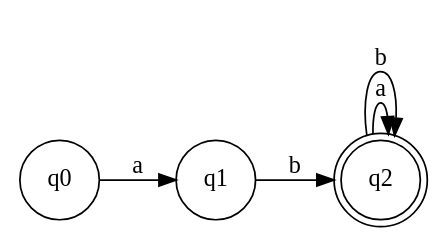
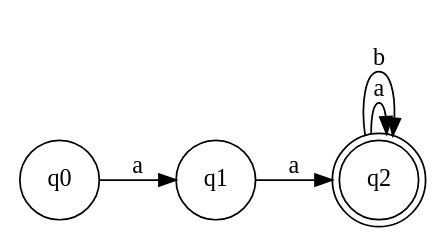
One commit to FranciscoLemos03/PL_TrabalhoPratico1 changed the diagram in grafo.dot. Above: the diagram before and after it, drawn with Graphviz. The commit also changed 3 other files, not shown here.

```diff
--- a/grafo.dot
+++ b/grafo.dot
@@ -1,10 +1,10 @@
 digraph grafo {
 	rankdir=LR;
 	size="8,5"
 	node [shape = doublecircle]; q2
 	node [shape = circle];
 	q0 -> q1 [ label = "a" ];
-	q1 -> q2 [ label = "b" ];
+	q1 -> q2 [ label = "a" ];
 	q2 -> q2 [ label = "a" ];
 	q2 -> q2 [ label = "b" ];
 }
```
